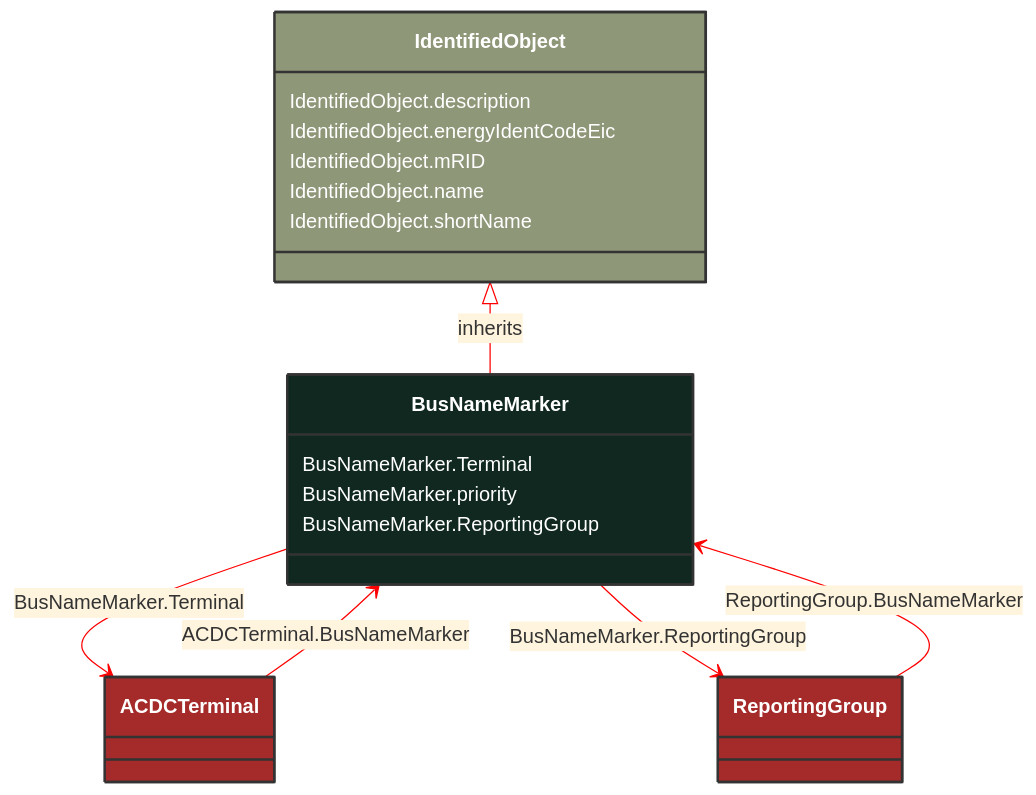
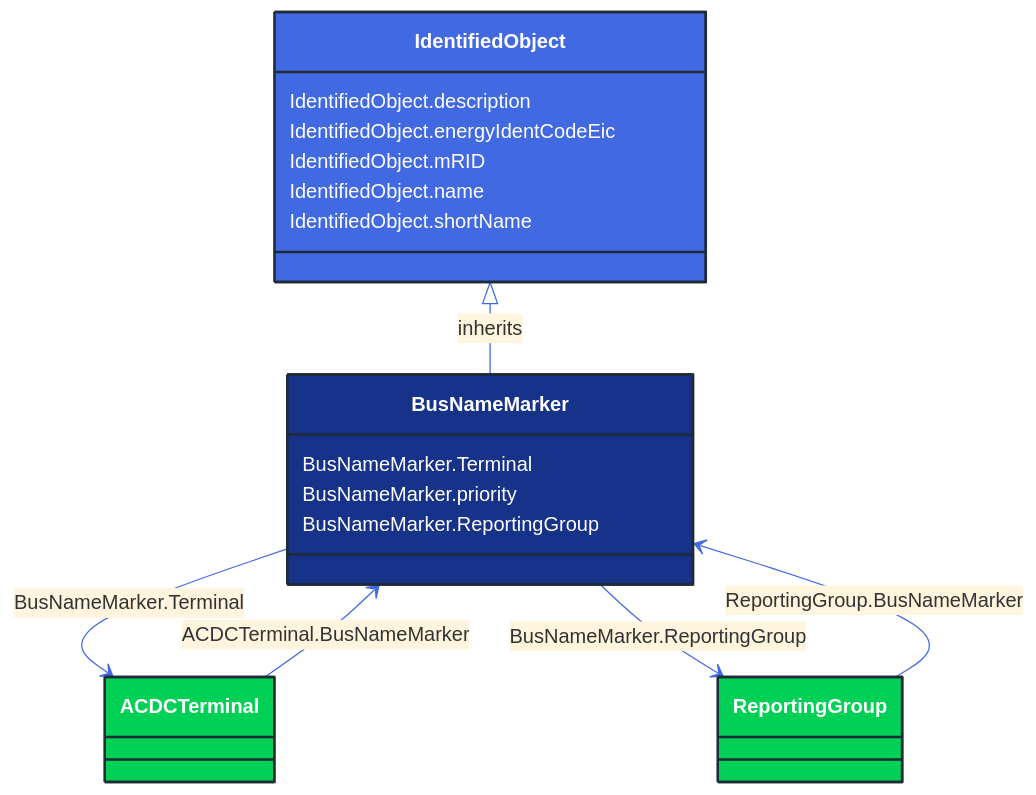
The diagram in docs/Models/Profiles/CoreEquipment/ConcreteClasses/BusNameMarker.md (3lbits/NoCIMExtensions), drawn with Mermaid before and after one commit. The commit also changed 362 other files, not shown here.

First line of the commit message:
Update diagrams and styles for improved visual consistency

````diff
--- a/docs/Models/Profiles/CoreEquipment/ConcreteClasses/BusNameMarker.md
+++ b/docs/Models/Profiles/CoreEquipment/ConcreteClasses/BusNameMarker.md
@@ -8,44 +8,44 @@
 ```mermaid
-%%{init: {'theme':'base','themeVariables': {'lineColor': '#FF0000'}}}%%
+%%{init: {'theme':'base','themeVariables': {'lineColor': '#4169E1'}}}%%
 classDiagram
     class BusNameMarker
     click BusNameMarker href "/Models/Profiles/CoreEquipment/ConcreteClasses/BusNameMarker/"
-    style BusNameMarker fill:#102820,stroke:#333,stroke-width:2px,rx:10,ry:10,color:white
+    style BusNameMarker fill:#163289,stroke:#1F2A37,stroke-width:2px,rx:10,ry:10,color:white
      
         IdentifiedObject <|-- BusNameMarker : inherits
             click IdentifiedObject href "/Models/Profiles/CoreEquipment/AbstractClasses/IdentifiedObject/"
-            style IdentifiedObject fill:#8F9779,stroke:#333,stroke-width:2px,rx:10,ry:10,color:white
+            style IdentifiedObject fill:#4169E1,stroke:#1F2A37,stroke-width:2px,rx:10,ry:10,color:white
 
         BusNameMarker --> ACDCTerminal : BusNameMarker.Terminal
 
         ACDCTerminal
             click ACDCTerminal href "/Models/Profiles/CoreEquipment/AbstractClasses/ACDCTerminal/"
-            style ACDCTerminal fill:#A52A2A,stroke:#333,stroke-width:2px,rx:10,ry:10,color:white
+            style ACDCTerminal fill:#00D156,stroke:#1F2A37,stroke-width:2px,rx:10,ry:10,color:white
         BusNameMarker --> ReportingGroup : BusNameMarker.ReportingGroup
 
         ReportingGroup
             click ReportingGroup href "/Models/Profiles/CoreEquipment/ConcreteClasses/ReportingGroup/"
-            style ReportingGroup fill:#A52A2A,stroke:#333,stroke-width:2px,rx:10,ry:10,color:white
+            style ReportingGroup fill:#00D156,stroke:#1F2A37,stroke-width:2px,rx:10,ry:10,color:white
 
         ACDCTerminal --> BusNameMarker : ACDCTerminal.BusNameMarker
 
         ACDCTerminal
             click ACDCTerminal href "/Models/Profiles/CoreEquipment/AbstractClasses/ACDCTerminal/"
-            style ACDCTerminal fill:#A52A2A,stroke:#333,stroke-width:2px,rx:10,ry:10,color:white
+            style ACDCTerminal fill:#00D156,stroke:#1F2A37,stroke-width:2px,rx:10,ry:10,color:white
 
         ReportingGroup --> BusNameMarker : ReportingGroup.BusNameMarker
 
         ReportingGroup
             click ReportingGroup href "/Models/Profiles/CoreEquipment/ConcreteClasses/ReportingGroup/"
-            style ReportingGroup fill:#A52A2A,stroke:#333,stroke-width:2px,rx:10,ry:10,color:white
+            style ReportingGroup fill:#00D156,stroke:#1F2A37,stroke-width:2px,rx:10,ry:10,color:white
 
 
         BusNameMarker : BusNameMarker.Terminal
         BusNameMarker : BusNameMarker.priority
         BusNameMarker : BusNameMarker.ReportingGroup
         IdentifiedObject : IdentifiedObject.description
         IdentifiedObject : IdentifiedObject.energyIdentCodeEic
         IdentifiedObject : IdentifiedObject.mRID
         IdentifiedObject : IdentifiedObject.name
         IdentifiedObject : IdentifiedObject.shortName
 ```
````
